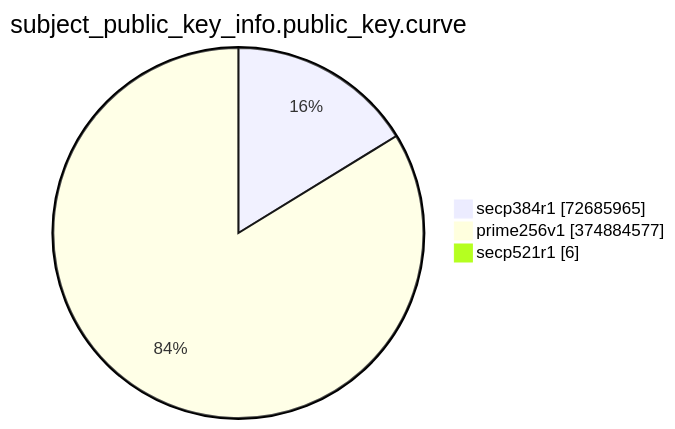
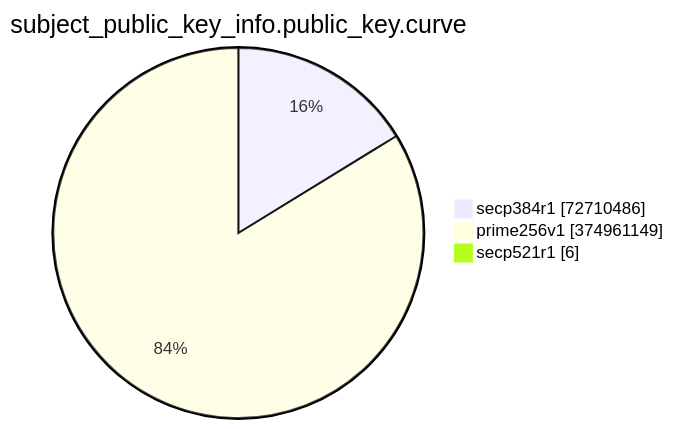
The eighth of 15 diagrams in TOTAL/README.md (christiankrug/ctmonitor_visualization), drawn with Mermaid before and after one commit. The commit also changed other lines of this file, not shown here.

````diff
--- a/TOTAL/README.md
+++ b/TOTAL/README.md
@@ -3094,7 +3094,7 @@
 ```mermaid
 pie showData
 title subject_public_key_info.public_key.curve
-"secp384r1" :72685965
-"prime256v1" :374884577
+"secp384r1" :72710486
+"prime256v1" :374961149
 "secp521r1" :6
 ```
````
